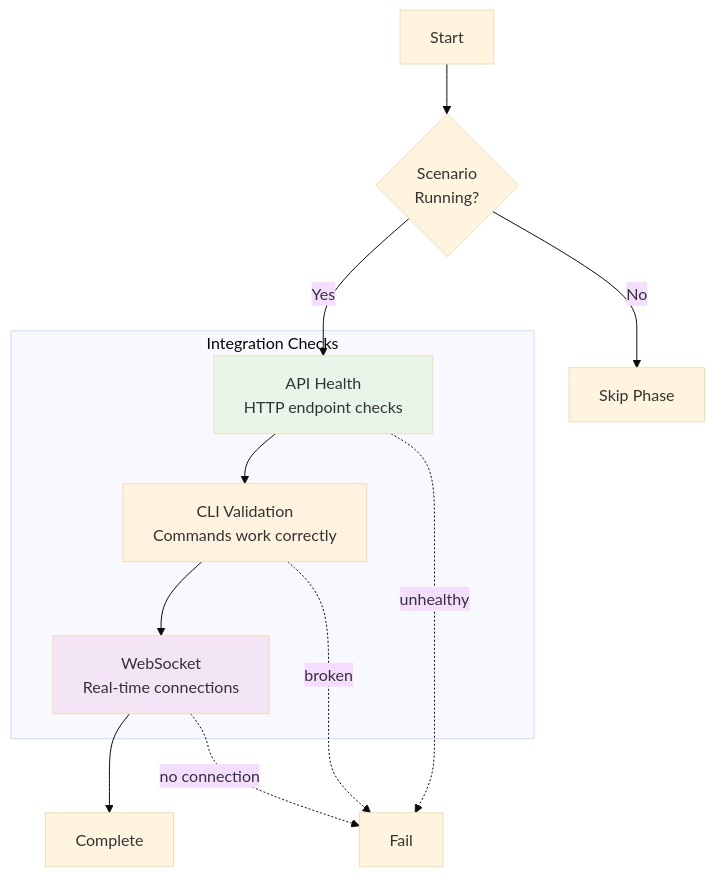
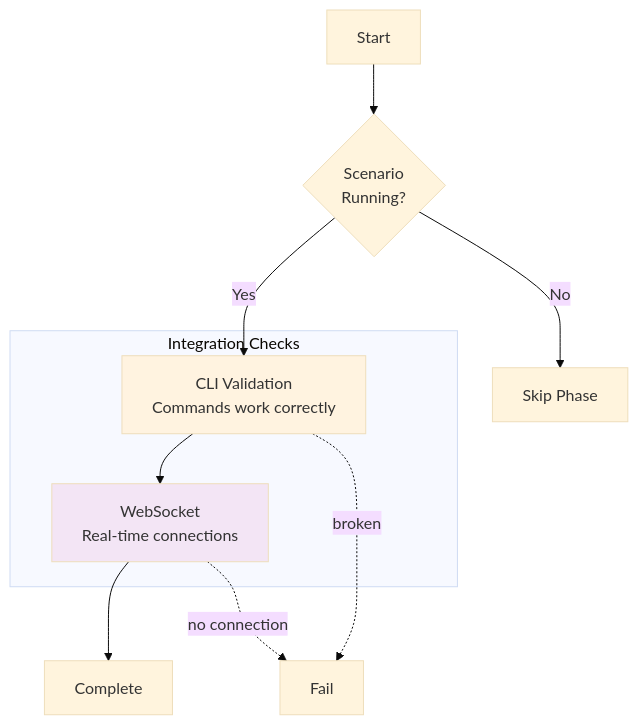
One commit to Vrooli/Vrooli changed the diagram in scenarios/test-genie/docs/phases/integration/README.md. Above: the diagram before and after it, drawn with Mermaid (base theme). The commit also changed other lines of this file and 13 other files, not shown here.

````diff
--- a/scenarios/test-genie/docs/phases/integration/README.md
+++ b/scenarios/test-genie/docs/phases/integration/README.md
@@ -12,24 +12,20 @@
 ```mermaid
 graph TB
     subgraph "Integration Checks"
-        API[API Health<br/>HTTP endpoint checks]
         CLI[CLI Validation<br/>Commands work correctly]
         WS[WebSocket<br/>Real-time connections]
     end
 
     START[Start] --> RUNTIME{Scenario<br/>Running?}
-    RUNTIME -->|Yes| API
+    RUNTIME -->|Yes| CLI
     RUNTIME -->|No| SKIP[Skip Phase]
 
-    API --> CLI
     CLI --> WS
     WS --> DONE[Complete]
 
-    API -.->|unhealthy| FAIL[Fail]
-    CLI -.->|broken| FAIL
+    CLI -.->|broken| FAIL[Fail]
     WS -.->|no connection| FAIL
 
-    style API fill:#e8f5e9
     style CLI fill:#fff3e0
     style WS fill:#f3e5f5
 ```
````
